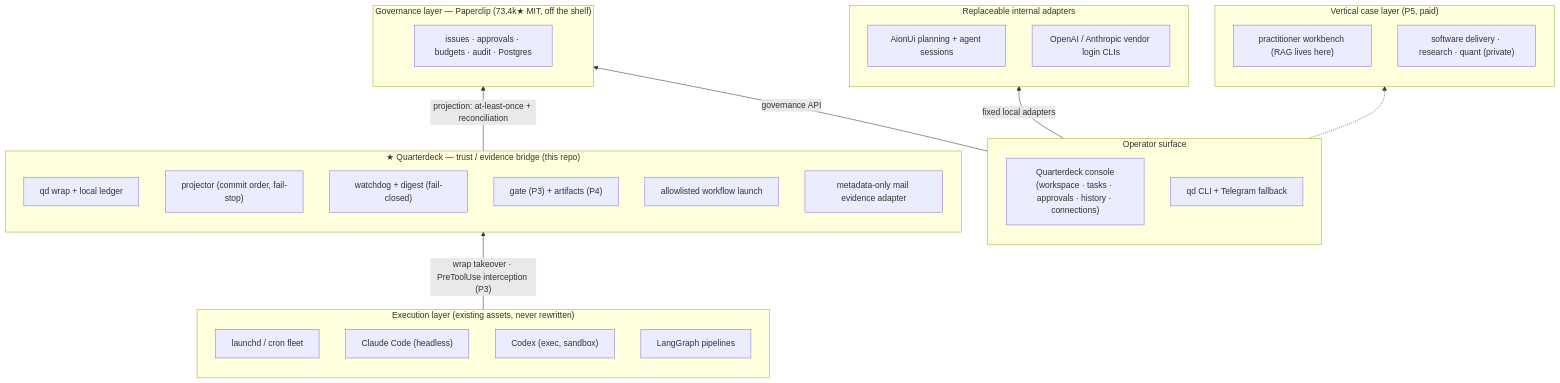
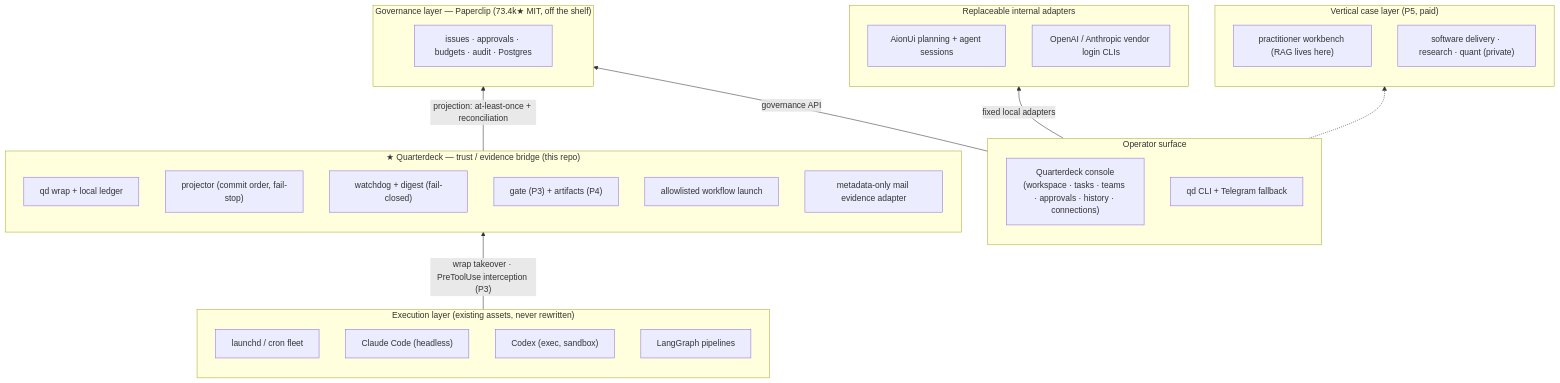
The diagram in docs/ARCHITECTURE.md (opswitness/opswitness), drawn with Mermaid before and after one commit. The commit also changed other lines of this file and 4 other files, not shown here.

````diff
--- a/docs/ARCHITECTURE.md
+++ b/docs/ARCHITECTURE.md
@@ -14,37 +39,37 @@
 ```mermaid
 flowchart BT
     subgraph E["Execution layer (existing assets, never rewritten)"]
         E1["launchd / cron fleet"]
         E2["Claude Code (headless)"]
         E3["Codex (exec, sandbox)"]
         E4["LangGraph pipelines"]
     end
     subgraph Q["★ Quarterdeck — trust / evidence bridge (this repo)"]
         Q1["qd wrap + local ledger"]
         Q2["projector (commit order, fail-stop)"]
         Q3["watchdog + digest (fail-closed)"]
         Q4["gate (P3) + artifacts (P4)"]
         Q5["allowlisted workflow launch"]
         Q6["metadata-only mail evidence adapter"]
     end
     subgraph P["Governance layer — Paperclip (73.4k★ MIT, off the shelf)"]
         P1["issues · approvals · budgets · audit · Postgres"]
     end
     subgraph A["Replaceable internal adapters"]
         A1["AionUi planning + agent sessions"]
         A2["OpenAI / Anthropic vendor login CLIs"]
     end
     subgraph C["Operator surface"]
-        C0["Quarterdeck console<br/>(workspace · tasks · approvals · history · connections)"]
+        C0["Quarterdeck console<br/>(workspace · tasks · teams · approvals · history · connections)"]
         C1["qd CLI + Telegram fallback"]
     end
     subgraph V["Vertical case layer (P5, paid)"]
         V1["practitioner workbench (RAG lives here)"]
         V2["software delivery · research · quant (private)"]
     end
     E -->|"wrap takeover · PreToolUse interception (P3)"| Q
     Q -->|"projection: at-least-once + reconciliation"| P
     C -->|fixed local adapters| A
     C -->|governance API| P
     C -.-> V
 ```
````
